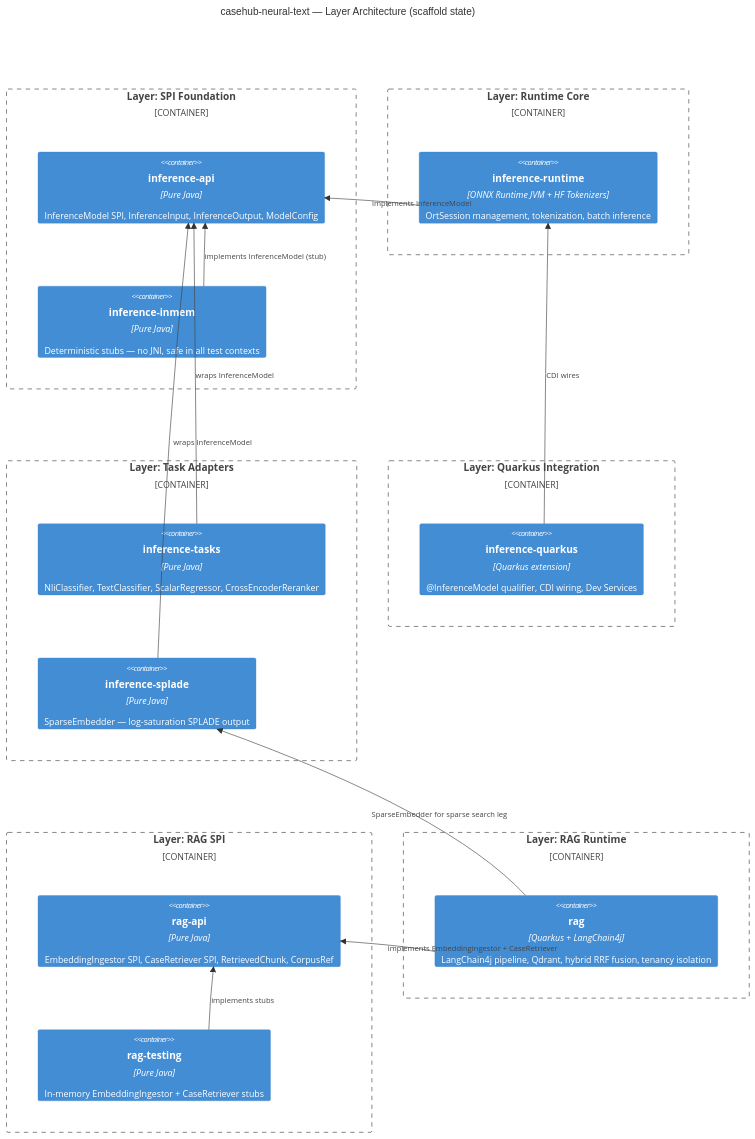
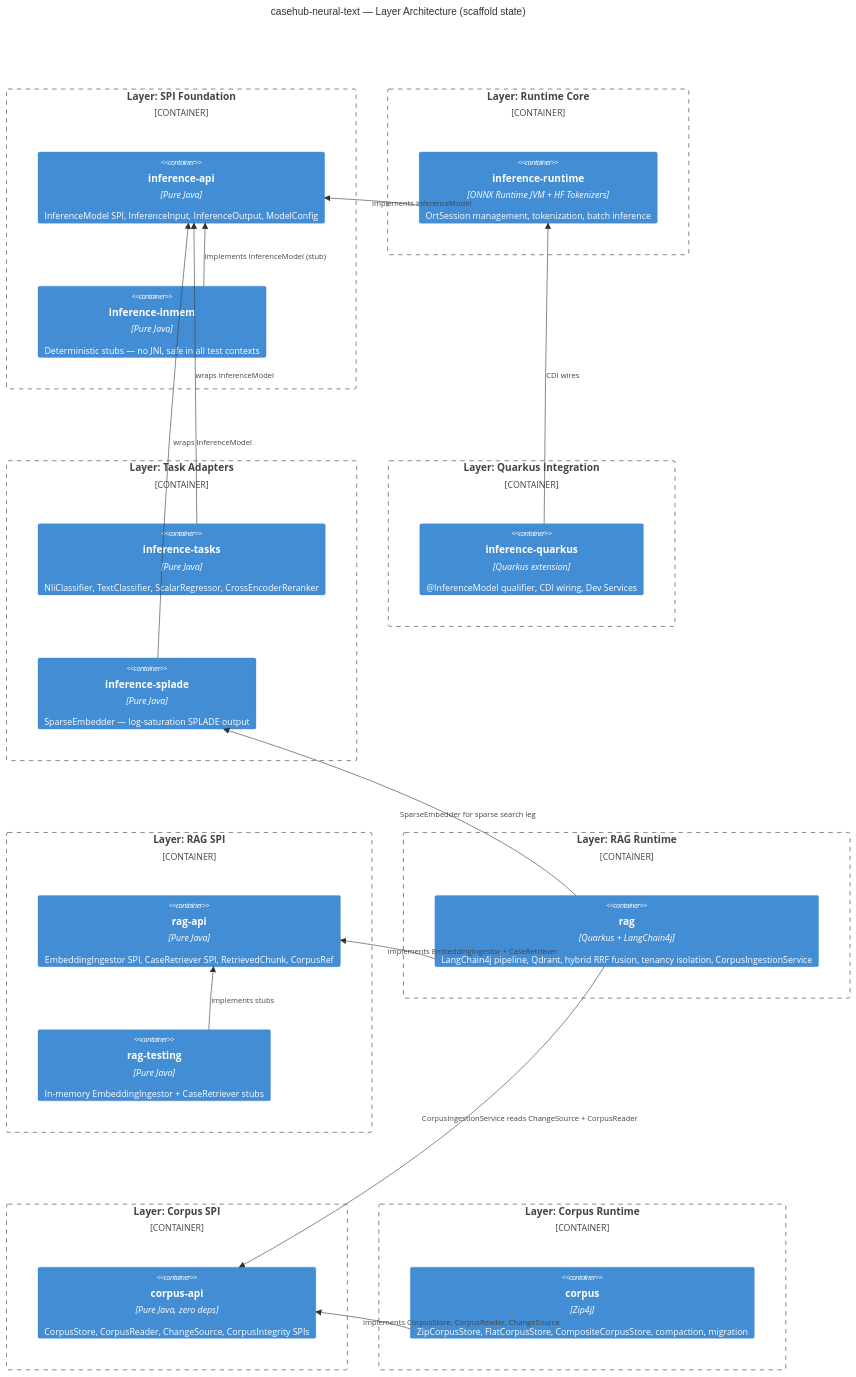
The second of 6 diagrams in ARC42STORIES.MD (casehubio/neocortex), drawn with Mermaid before and after one commit. The commit also changed other lines of this file, not shown here.

First line of the commit message:
docs(#27): add L8/L9 corpus layers + C8/C9 chapters to ARC42STORIES.MD

````diff
--- a/ARC42STORIES.MD
+++ b/ARC42STORIES.MD
@@ -148,40 +150,50 @@
 ```mermaid
 C4Container
   title casehub-neural-text — Layer Architecture (scaffold state)
 
   Container_Boundary(b_inference_spi, "Layer: SPI Foundation") {
     Container(inference_api, "inference-api", "Pure Java", "InferenceModel SPI, InferenceInput, InferenceOutput, ModelConfig")
     Container(inference_inmem, "inference-inmem", "Pure Java", "Deterministic stubs — no JNI, safe in all test contexts")
   }
 
   Container_Boundary(b_inference_rt, "Layer: Runtime Core") {
     Container(inference_rt, "inference-runtime", "ONNX Runtime JVM + HF Tokenizers", "OrtSession management, tokenization, batch inference")
   }
 
   Container_Boundary(b_inference_tasks, "Layer: Task Adapters") {
     Container(inference_tasks, "inference-tasks", "Pure Java", "NliClassifier, TextClassifier, ScalarRegressor, CrossEncoderReranker")
     Container(inference_splade, "inference-splade", "Pure Java", "SparseEmbedder — log-saturation SPLADE output")
   }
 
   Container_Boundary(b_inference_q, "Layer: Quarkus Integration") {
     Container(inference_quarkus, "inference-quarkus", "Quarkus extension", "@InferenceModel qualifier, CDI wiring, Dev Services")
   }
 
   Container_Boundary(b_rag_spi, "Layer: RAG SPI") {
     Container(rag_api, "rag-api", "Pure Java", "EmbeddingIngestor SPI, CaseRetriever SPI, RetrievedChunk, CorpusRef")
     Container(rag_testing, "rag-testing", "Pure Java", "In-memory EmbeddingIngestor + CaseRetriever stubs")
   }
 
   Container_Boundary(b_rag_rt, "Layer: RAG Runtime") {
-    Container(rag, "rag", "Quarkus + LangChain4j", "LangChain4j pipeline, Qdrant, hybrid RRF fusion, tenancy isolation")
+    Container(rag, "rag", "Quarkus + LangChain4j", "LangChain4j pipeline, Qdrant, hybrid RRF fusion, tenancy isolation, CorpusIngestionService")
+  }
+
+  Container_Boundary(b_corpus_spi, "Layer: Corpus SPI") {
+    Container(corpus_api, "corpus-api", "Pure Java, zero deps", "CorpusStore, CorpusReader, ChangeSource, CorpusIntegrity SPIs")
+  }
+
+  Container_Boundary(b_corpus_rt, "Layer: Corpus Runtime") {
+    Container(corpus, "corpus", "Zip4j", "ZipCorpusStore, FlatCorpusStore, CompositeCorpusStore, compaction, migration")
   }
 
   Rel(inference_tasks, inference_api, "wraps InferenceModel")
   Rel(inference_splade, inference_api, "wraps InferenceModel")
   Rel(inference_rt, inference_api, "implements InferenceModel")
   Rel(inference_inmem, inference_api, "implements InferenceModel (stub)")
   Rel(inference_quarkus, inference_rt, "CDI wires")
   Rel(rag, rag_api, "implements EmbeddingIngestor + CaseRetriever")
   Rel(rag, inference_splade, "SparseEmbedder for sparse search leg")
+  Rel(rag, corpus_api, "CorpusIngestionService reads ChangeSource + CorpusReader")
   Rel(rag_testing, rag_api, "implements stubs")
+  Rel(corpus, corpus_api, "implements CorpusStore, CorpusReader, ChangeSource")
 ```
````
